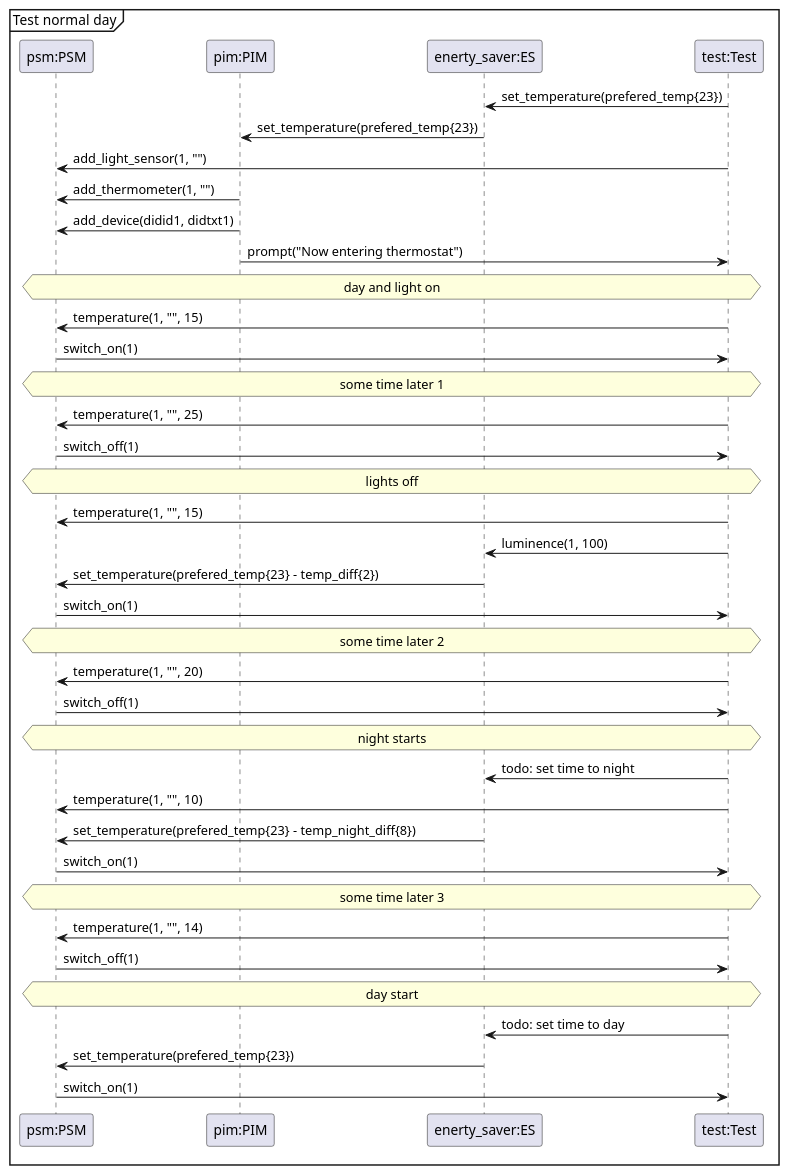
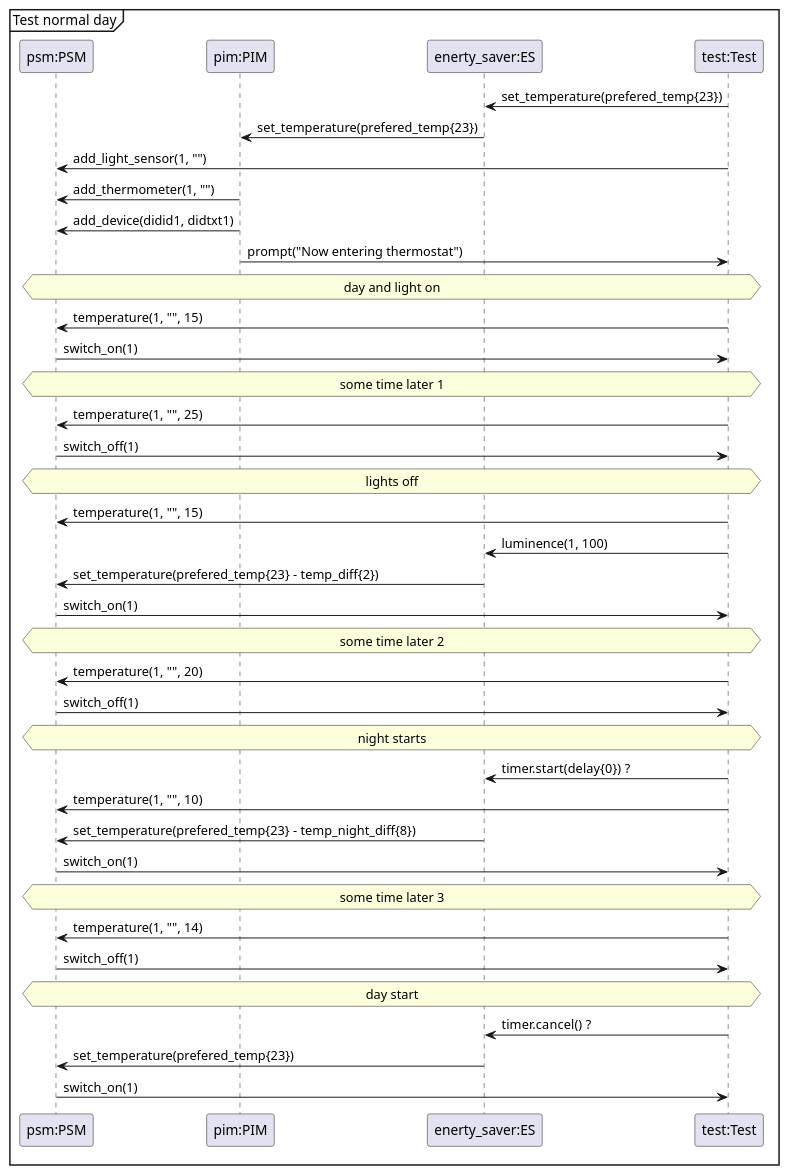
One commit to Tobhal/HIOF-Models-and-Digital-Twins changed the diagram in Oblig1/sequence test diagram.plantuml. Above: the diagram before and after it, drawn with PlantUML.

Commit message:
Added timer ting

```diff
--- a/Oblig1/sequence test diagram.plantuml
+++ b/Oblig1/sequence test diagram.plantuml
@@ -1,57 +1,57 @@
 @startuml sequense diagram
 mainframe Test normal day
 
 participant "psm:PSM" as psm
 participant "pim:PIM" as pim
 participant "enerty_saver:ES" as es
 participant "test:Test" as test
 
 'Set preferred temp
 es <- test: set_temperature(prefered_temp{23})
 pim <- es: set_temperature(prefered_temp{23})
 
 psm <- test: add_light_sensor(1, "")
 
 psm <- pim: add_thermometer(1, "")
 psm <- pim: add_device(didid1, didtxt1)
 
 pim -> test: prompt("Now entering thermostat")
 
 hnote across: day and light on
 'setup compleat
 
 psm <- test: temperature(1, "", 15)
 psm -> test: switch_on(1)
 
 hnote across: some time later 1
 psm <- test: temperature(1, "", 25)
 psm -> test: switch_off(1)
 
 hnote across: lights off
 psm <- test: temperature(1, "", 15)
 es <- test: luminence(1, 100)
 psm <- es: set_temperature(prefered_temp{23} - temp_diff{2})
 psm -> test: switch_on(1)
 
 hnote across: some time later 2
 psm <- test: temperature(1, "", 20)
 psm -> test: switch_off(1)
 
 hnote across: night starts
-es <- test: todo: set time to night
+es <- test: timer.start(delay{0}) ?
 psm <- test: temperature(1, "", 10)
 psm <- es: set_temperature(prefered_temp{23} - temp_night_diff{8})
 psm -> test: switch_on(1)
 
 hnote across: some time later 3
 psm <- test: temperature(1, "", 14)
 psm -> test: switch_off(1)
 
 hnote across: day start
-es <- test: todo: set time to day
+es <- test: timer.cancel() ?
 psm <- es: set_temperature(prefered_temp{23})
 psm -> test: switch_on(1)
 
 
 
 @enduml
```
